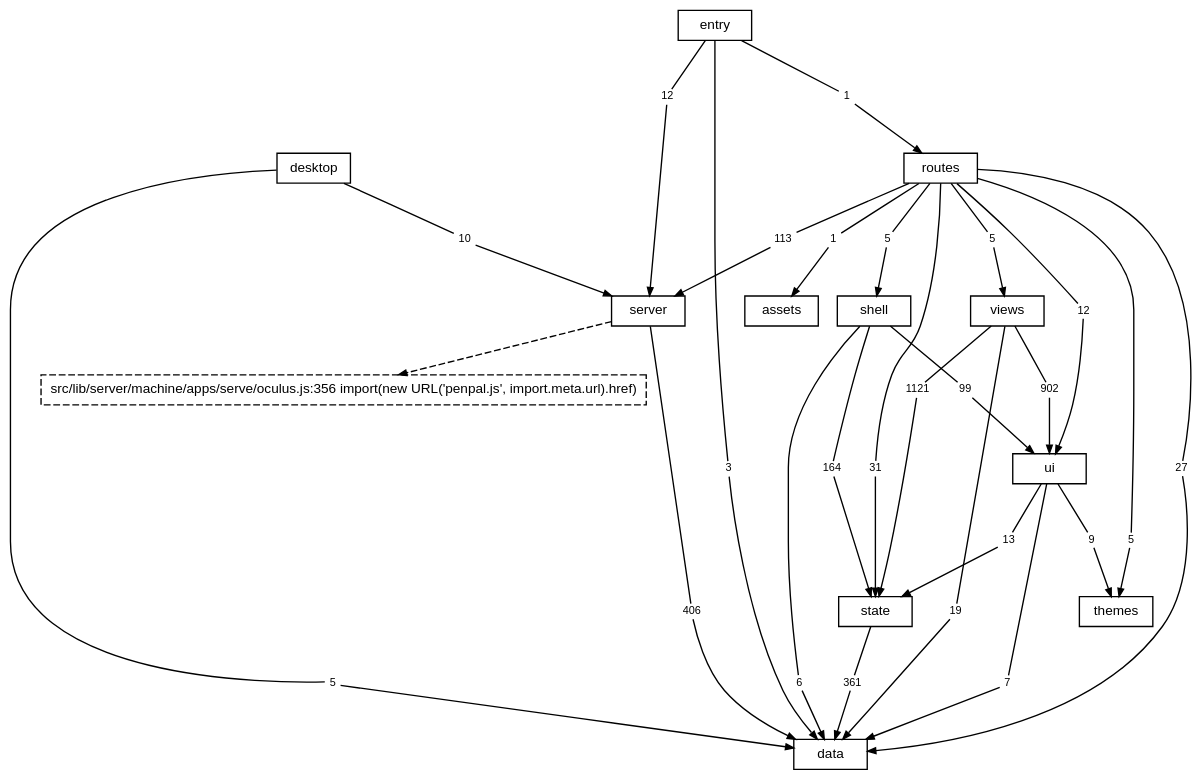
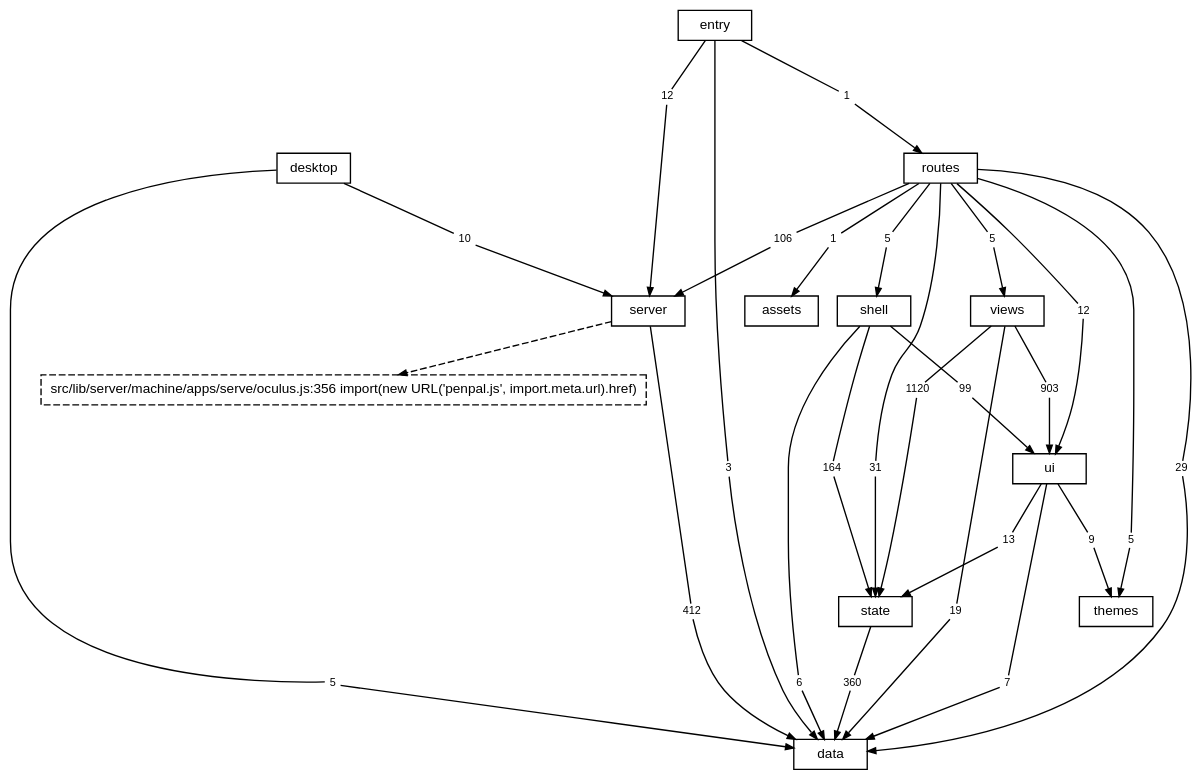
Before and after one commit to TheAxeC/oculus: the diagram in docs/diagrams/layers.dot, drawn with Graphviz. The commit also changed 464 other files, not shown here.

```diff
--- a/docs/diagrams/layers.dot
+++ b/docs/diagrams/layers.dot
@@ -1,90 +1,90 @@
 digraph layers {
     graph [bgcolor="transparent", rankdir=TB, newrank=true, fontname="Helvetica,Arial,sans-serif", fontsize=12, nodesep=0.2, ranksep=0.5];
     node [shape=box, color="black", fontcolor="black", fontname="Helvetica,Arial,sans-serif", fontsize=10, height=0.3, margin="0.12,0.04"];
     edge [color="black", fontcolor="black", fontname="Helvetica,Arial,sans-serif", fontsize=8, arrowsize=0.6];
     "data";
     "server";
     "state";
     "ui";
     "shell";
     "views";
     "themes";
     "routes";
     "desktop";
     "src" [label="entry"];
     "files: assets" [label="assets"];
     "? src/lib/server/machine/apps/serve/oculus.js:356" [label="src/lib/server/machine/apps/serve/oculus.js:356 import(new URL('penpal.js', import.meta.url).href)", style=dashed];
     "desktop to data" [label="5", shape=box, color="transparent", fontsize=8, width=0, height=0, margin="0.04,0.02"];
     "desktop" -> "desktop to data" [arrowhead=none];
     "desktop to data" -> "data" [];
     "desktop to server" [label="10", shape=box, color="transparent", fontsize=8, width=0, height=0, margin="0.04,0.02"];
     "desktop" -> "desktop to server" [arrowhead=none];
     "desktop to server" -> "server" [];
-    "routes to data" [label="27", shape=box, color="transparent", fontsize=8, width=0, height=0, margin="0.04,0.02"];
+    "routes to data" [label="29", shape=box, color="transparent", fontsize=8, width=0, height=0, margin="0.04,0.02"];
     "routes" -> "routes to data" [arrowhead=none];
     "routes to data" -> "data" [];
     "routes to files: assets" [label="1", shape=box, color="transparent", fontsize=8, width=0, height=0, margin="0.04,0.02"];
     "routes" -> "routes to files: assets" [arrowhead=none];
     "routes to files: assets" -> "files: assets" [];
-    "routes to server" [label="113", shape=box, color="transparent", fontsize=8, width=0, height=0, margin="0.04,0.02"];
+    "routes to server" [label="106", shape=box, color="transparent", fontsize=8, width=0, height=0, margin="0.04,0.02"];
     "routes" -> "routes to server" [arrowhead=none];
     "routes to server" -> "server" [];
     "routes to shell" [label="5", shape=box, color="transparent", fontsize=8, width=0, height=0, margin="0.04,0.02"];
     "routes" -> "routes to shell" [arrowhead=none];
     "routes to shell" -> "shell" [];
     "routes to state" [label="31", shape=box, color="transparent", fontsize=8, width=0, height=0, margin="0.04,0.02"];
     "routes" -> "routes to state" [arrowhead=none];
     "routes to state" -> "state" [];
     "routes to themes" [label="5", shape=box, color="transparent", fontsize=8, width=0, height=0, margin="0.04,0.02"];
     "routes" -> "routes to themes" [arrowhead=none];
     "routes to themes" -> "themes" [];
     "routes to ui" [label="12", shape=box, color="transparent", fontsize=8, width=0, height=0, margin="0.04,0.02"];
     "routes" -> "routes to ui" [arrowhead=none];
     "routes to ui" -> "ui" [];
     "routes to views" [label="5", shape=box, color="transparent", fontsize=8, width=0, height=0, margin="0.04,0.02"];
     "routes" -> "routes to views" [arrowhead=none];
     "routes to views" -> "views" [];
-    "server to data" [label="406", shape=box, color="transparent", fontsize=8, width=0, height=0, margin="0.04,0.02"];
+    "server to data" [label="412", shape=box, color="transparent", fontsize=8, width=0, height=0, margin="0.04,0.02"];
     "server" -> "server to data" [arrowhead=none];
     "server to data" -> "data" [];
     "shell to data" [label="6", shape=box, color="transparent", fontsize=8, width=0, height=0, margin="0.04,0.02"];
     "shell" -> "shell to data" [arrowhead=none];
     "shell to data" -> "data" [];
     "shell to state" [label="164", shape=box, color="transparent", fontsize=8, width=0, height=0, margin="0.04,0.02"];
     "shell" -> "shell to state" [arrowhead=none];
     "shell to state" -> "state" [];
     "shell to ui" [label="99", shape=box, color="transparent", fontsize=8, width=0, height=0, margin="0.04,0.02"];
     "shell" -> "shell to ui" [arrowhead=none];
     "shell to ui" -> "ui" [];
     "src to data" [label="3", shape=box, color="transparent", fontsize=8, width=0, height=0, margin="0.04,0.02"];
     "src" -> "src to data" [arrowhead=none];
     "src to data" -> "data" [];
     "src to routes" [label="1", shape=box, color="transparent", fontsize=8, width=0, height=0, margin="0.04,0.02"];
     "src" -> "src to routes" [arrowhead=none];
     "src to routes" -> "routes" [];
     "src to server" [label="12", shape=box, color="transparent", fontsize=8, width=0, height=0, margin="0.04,0.02"];
     "src" -> "src to server" [arrowhead=none];
     "src to server" -> "server" [];
-    "state to data" [label="361", shape=box, color="transparent", fontsize=8, width=0, height=0, margin="0.04,0.02"];
+    "state to data" [label="360", shape=box, color="transparent", fontsize=8, width=0, height=0, margin="0.04,0.02"];
     "state" -> "state to data" [arrowhead=none];
     "state to data" -> "data" [];
     "ui to data" [label="7", shape=box, color="transparent", fontsize=8, width=0, height=0, margin="0.04,0.02"];
     "ui" -> "ui to data" [arrowhead=none];
     "ui to data" -> "data" [];
     "ui to state" [label="13", shape=box, color="transparent", fontsize=8, width=0, height=0, margin="0.04,0.02"];
     "ui" -> "ui to state" [arrowhead=none];
     "ui to state" -> "state" [];
     "ui to themes" [label="9", shape=box, color="transparent", fontsize=8, width=0, height=0, margin="0.04,0.02"];
     "ui" -> "ui to themes" [arrowhead=none];
     "ui to themes" -> "themes" [];
     "views to data" [label="19", shape=box, color="transparent", fontsize=8, width=0, height=0, margin="0.04,0.02"];
     "views" -> "views to data" [arrowhead=none];
     "views to data" -> "data" [];
-    "views to state" [label="1121", shape=box, color="transparent", fontsize=8, width=0, height=0, margin="0.04,0.02"];
+    "views to state" [label="1120", shape=box, color="transparent", fontsize=8, width=0, height=0, margin="0.04,0.02"];
     "views" -> "views to state" [arrowhead=none];
     "views to state" -> "state" [];
-    "views to ui" [label="902", shape=box, color="transparent", fontsize=8, width=0, height=0, margin="0.04,0.02"];
+    "views to ui" [label="903", shape=box, color="transparent", fontsize=8, width=0, height=0, margin="0.04,0.02"];
     "views" -> "views to ui" [arrowhead=none];
     "views to ui" -> "ui" [];
     "server" -> "? src/lib/server/machine/apps/serve/oculus.js:356" [style=dashed];
 }
```
